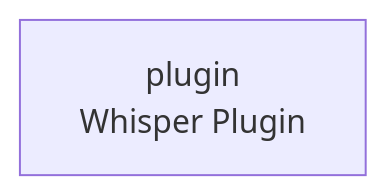
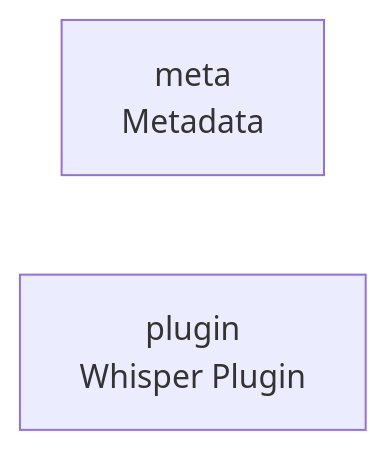
One commit to cj-mills/cjm-transcription-plugin-whisper changed the diagram in README.md. Above: the diagram before and after it, drawn with Mermaid. The commit also changed other lines of this file and 8 other files, not shown here.

````diff
--- a/README.md
+++ b/README.md
@@ -21,4 +22,5 @@
 ``` mermaid
 graph LR
+    meta[meta<br/>Metadata]
     plugin[plugin<br/>Whisper Plugin]
 ```
````
